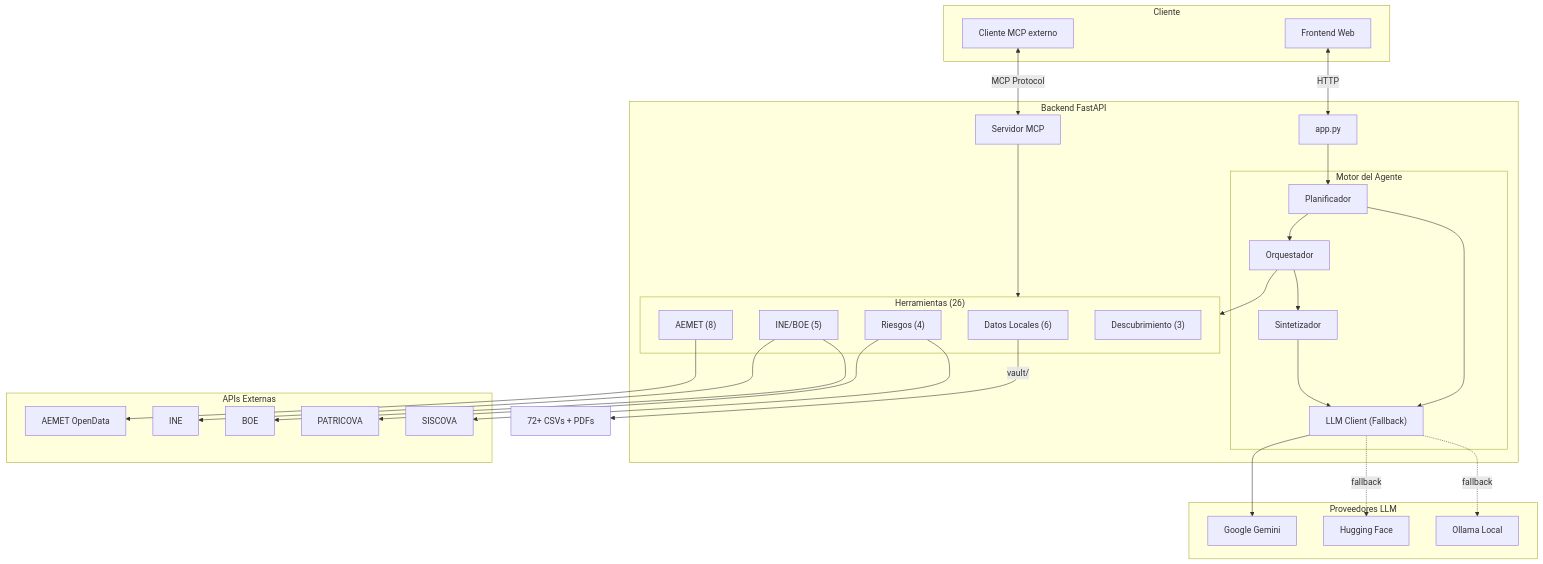
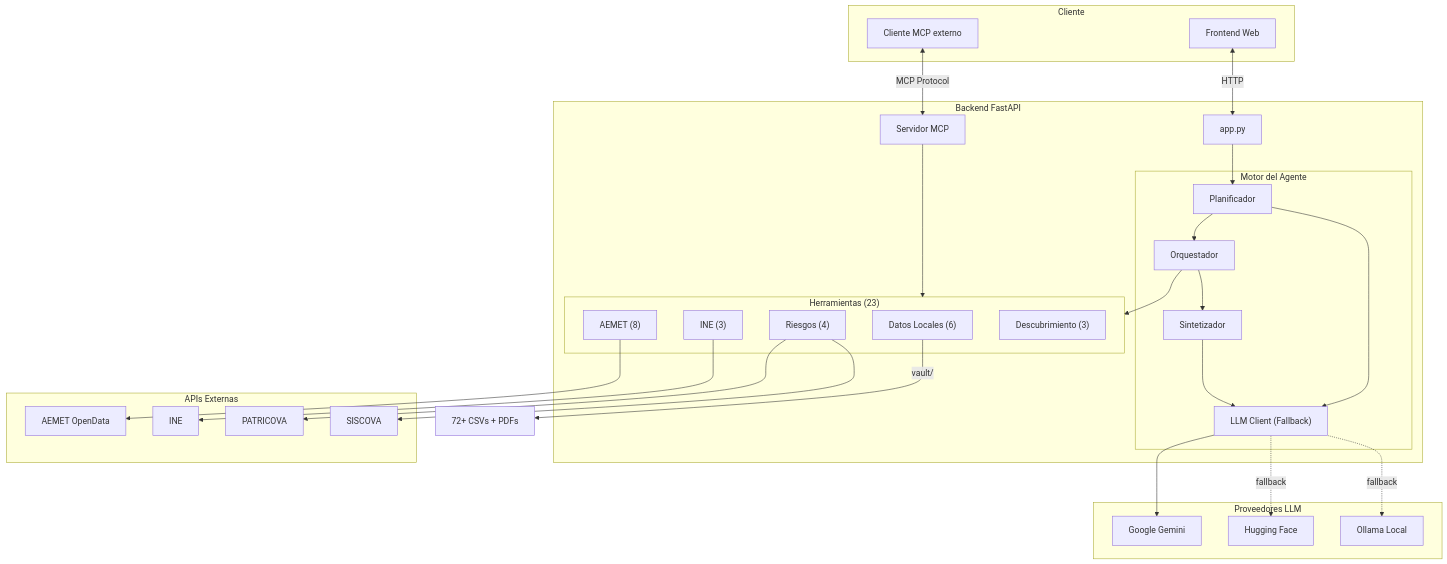
One commit to chikabdou06-crypto/Intelligent-Data-Integration-in-Emergencies changed the diagram in README.md. Above: the diagram before and after it, drawn with Mermaid. The commit also changed other lines of this file and 5 other files, not shown here.

Commit message:
chore: Remove BOE and web_search tools

````diff
--- a/README.md
+++ b/README.md
@@ -167,58 +166,58 @@
 ```mermaid
 flowchart TB
     subgraph Cliente["Cliente"]
         WebUI["Frontend Web"]
         MCP_Client["Cliente MCP externo"]
     end
 
     subgraph Servidor["Backend FastAPI"]
         App["app.py"]
         subgraph Core["Motor del Agente"]
             Planner["Planificador"]
             Orchestrator["Orquestador"]
             Synthesizer["Sintetizador"]
             LLM["LLM Client (Fallback)"]
         end
-        subgraph Tools["Herramientas (26)"]
+        subgraph Tools["Herramientas (23)"]
             LocalTools["Datos Locales (6)"]
             AemetTools["AEMET (8)"]
             RiskTools["Riesgos (4)"]
-            NationalTools["INE/BOE (5)"]
+            NationalTools["INE (3)"]
             DiscoveryTools["Descubrimiento (3)"]
         end
         MCP_Server["Servidor MCP"]
     end
 
     subgraph APIs["APIs Externas"]
         AEMET["AEMET OpenData"]
         INE["INE"]
-        BOE["BOE"]
+
         PATRICOVA["PATRICOVA"]
         SISCOVA["SISCOVA"]
     end
 
     subgraph Providers["Proveedores LLM"]
         Gemini["Google Gemini"]
         HF["Hugging Face"]
         Ollama["Ollama Local"]
     end
 
     WebUI <-->|"HTTP"| App
     MCP_Client <-->|"MCP Protocol"| MCP_Server
     App --> Planner
     Planner --> Orchestrator
     Orchestrator --> Synthesizer
     Planner --> LLM
     Synthesizer --> LLM
     Orchestrator --> Tools
     LLM --> Gemini
     LLM -.->|"fallback"| HF
     LLM -.->|"fallback"| Ollama
     AemetTools --> AEMET
     NationalTools --> INE
-    NationalTools --> BOE
+
     RiskTools --> PATRICOVA
     RiskTools --> SISCOVA
     LocalTools -->|"vault/"| Vault["72+ CSVs + PDFs"]
     MCP_Server --> Tools
 ```
````
